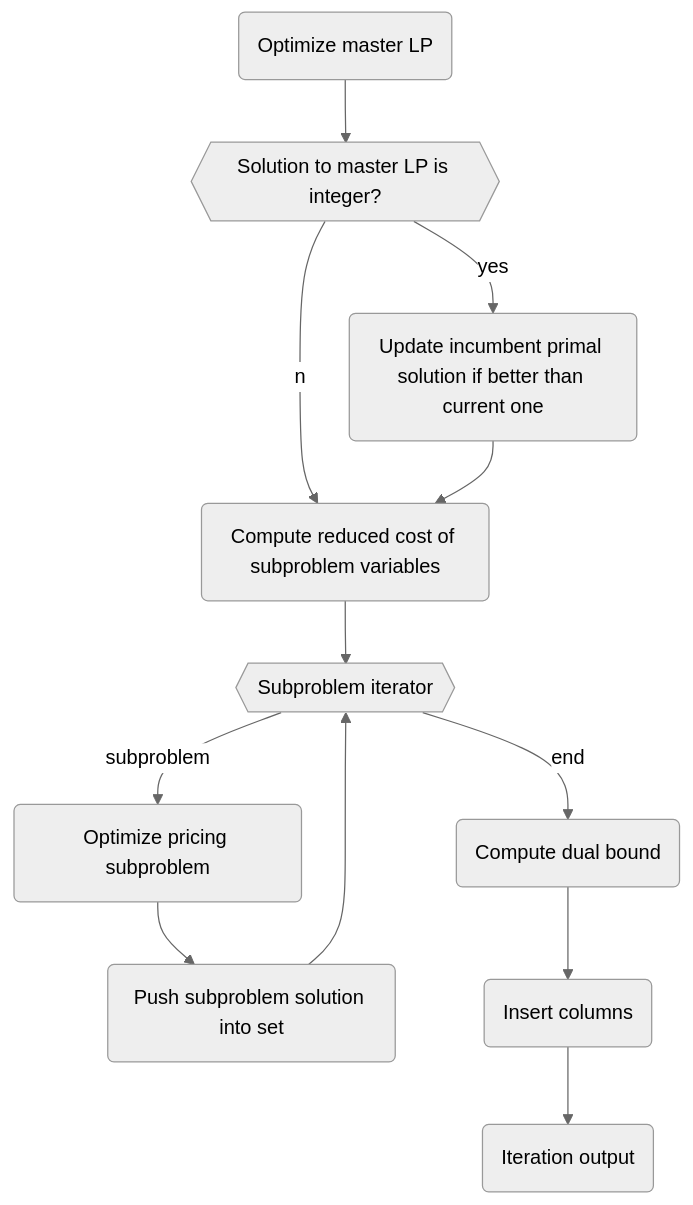
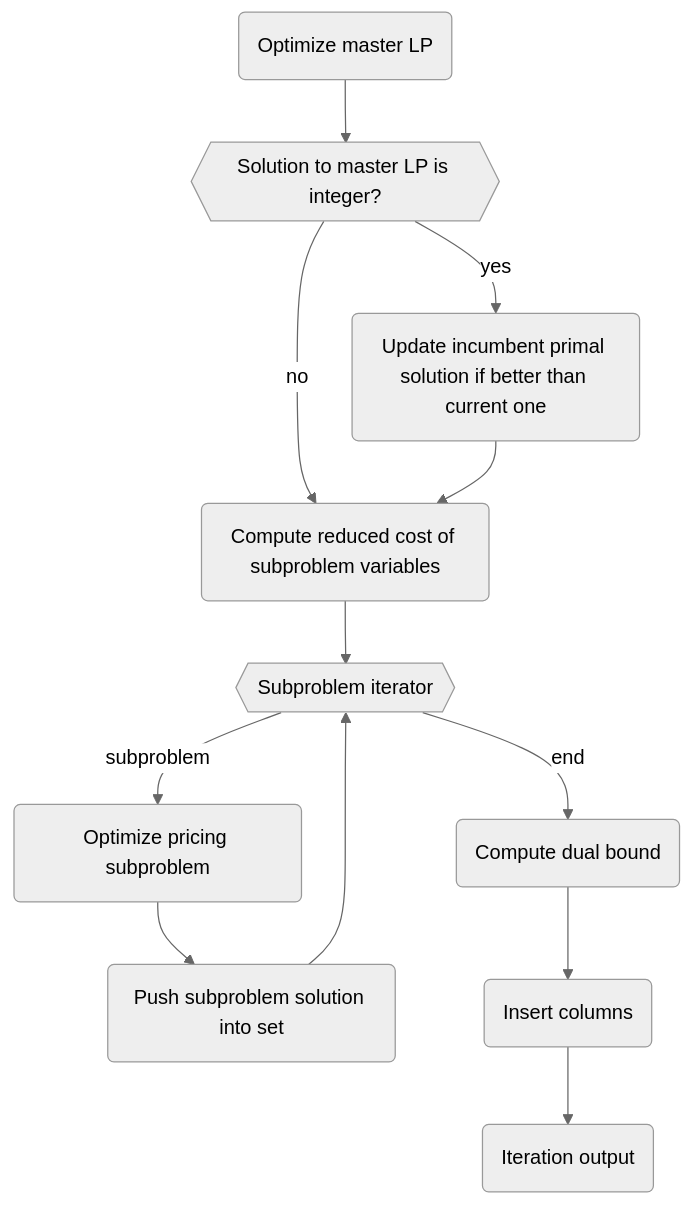
Before and after one commit to atoptima/Coluna.jl: the second of 2 diagrams in docs/src/api/colgen.md, drawn with Mermaid (neutral theme).

Commit message:
Fix label in mermaid diagram (#1137)

````diff
--- a/docs/src/api/colgen.md
+++ b/docs/src/api/colgen.md
@@ -268,34 +268,34 @@
 ```mermaid
 flowchart TB;
     id1(Optimize master LP)
     id2{{Solution to master LP is integer?}}
     id3(Update incumbent primal solution if better than current one)
     id4(Compute reduced cost of subproblem variables)
     id5{{Subproblem iterator}}
     id6(Optimize pricing subproblem)
     id7(Push subproblem solution into set)
     id8(Compute dual bound)
     id9(Insert columns)
     id10(Iteration output)
     id1 --> id2
     id2 --yes--> id3
-    id2 --no--> id4
+    id2 --no --> id4
     id3 --> id4
     id4 --> id5
     id5 --subproblem--> id6
     id6 --> id7
     id7 --> id5
     id5 --end--> id8
     id8 --> id9
     id9 --> id10
     click id1 href "#Optimize-master-LP" "Link to doc"
     click id2 href "#Check-integrality-of-the-master-LP-solution" "Link to doc"
     click id3 href "#Update-incumbent-primal-solution" "Link to doc"
     click id4 href "#Reduced-costs-calculation" "Link to doc"
     click id5 href "#Pricing-subproblem-iterator" "Link to doc"
     click id6 href "#Pricing-subproblem-optimization" "Link to doc"
     click id7 href "#Set-of-generated-columns" "Link to doc"
     click id8 href "#Dual-bound-calculation" "Link to doc"
     click id9 href "#Columns-insertion" "Link to doc"
     click id10 href "#Iteration-output" "Link to doc"
 ```
````
